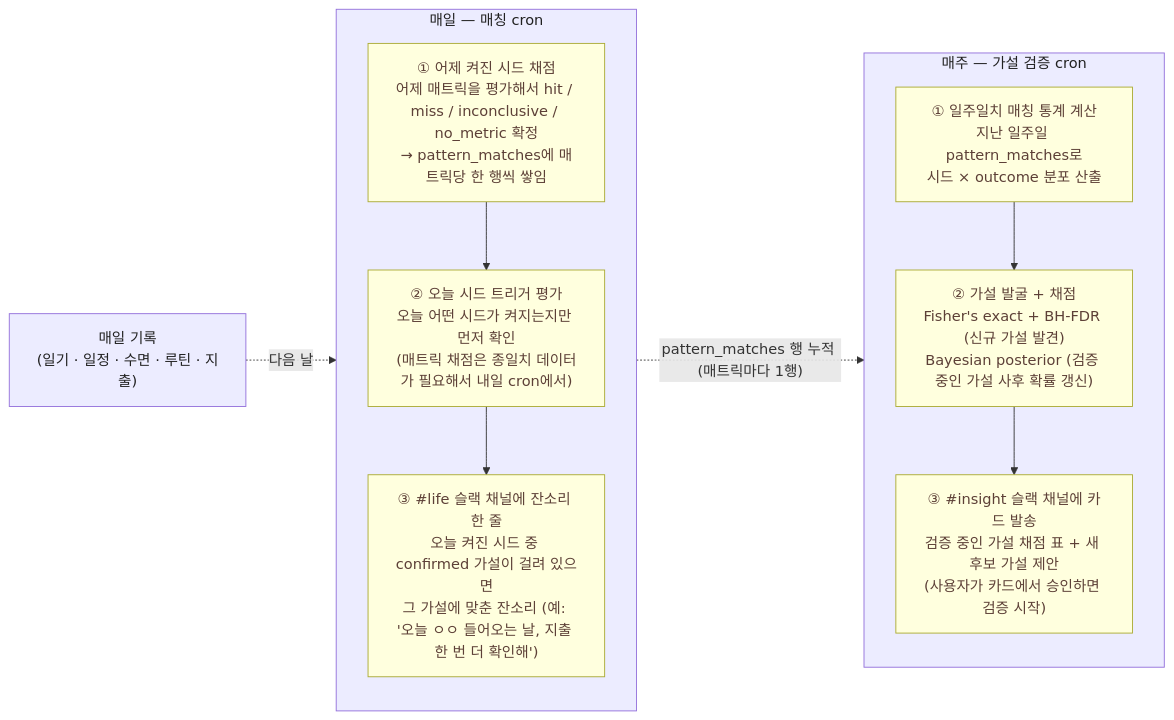
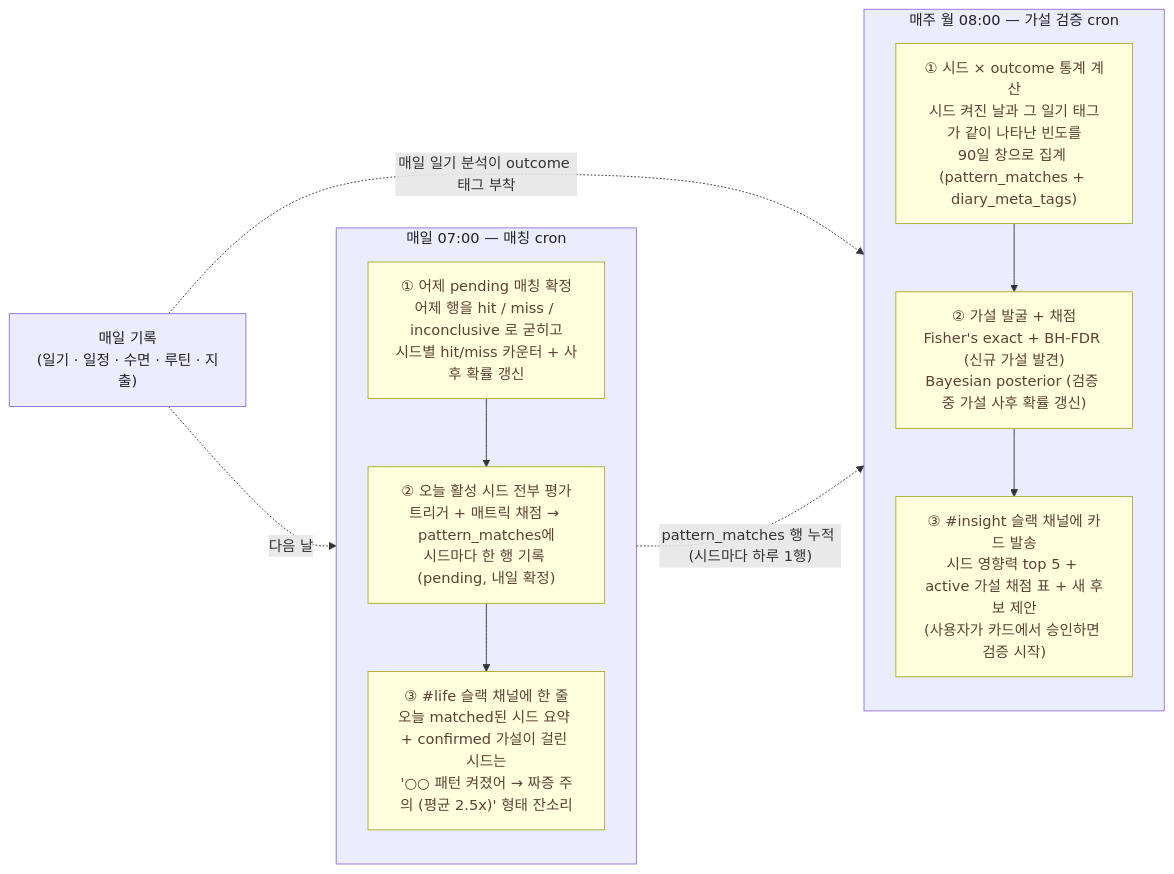
One commit to hyewon3938/slack-ai-agents changed the first of 9 diagrams in docs/explainers/insight-v2.md. Above: the diagram before and after it, drawn with Mermaid. The commit also changed other lines of this file and 1 other file, not shown here.

First line of the commit message:
docs(insight): explainer를 실제 코드와 대조해 정합성 전면 교정

````diff
--- a/docs/explainers/insight-v2.md
+++ b/docs/explainers/insight-v2.md
@@ -90,29 +96,30 @@
 ```mermaid
 flowchart LR
   REC["매일 기록<br/>(일기 · 일정 · 수면 · 루틴 · 지출)"]
 
-  subgraph DAILY["매일 — 매칭 cron"]
+  subgraph DAILY["매일 07:00 — 매칭 cron"]
     direction TB
-    D1["① 어제 켜진 시드 채점<br/>어제 매트릭을 평가해서 hit / miss / inconclusive / no_metric 확정<br/>→ pattern_matches에 매트릭당 한 행씩 쌓임"]
-    D2["② 오늘 시드 트리거 평가<br/>오늘 어떤 시드가 켜지는지만 먼저 확인<br/>(매트릭 채점은 종일치 데이터가 필요해서 내일 cron에서)"]
-    D3["③ #life 슬랙 채널에 잔소리 한 줄<br/>오늘 켜진 시드 중 confirmed 가설이 걸려 있으면<br/>그 가설에 맞춘 잔소리 (예: '오늘 ㅇㅇ 들어오는 날, 지출 한 번 더 확인해')"]
+    D1["① 어제 pending 매칭 확정<br/>어제 행을 hit / miss / inconclusive 로 굳히고<br/>시드별 hit/miss 카운터 + 사후 확률 갱신"]
+    D2["② 오늘 활성 시드 전부 평가<br/>트리거 + 매트릭 채점 → pattern_matches에<br/>시드마다 한 행 기록 (pending, 내일 확정)"]
+    D3["③ #life 슬랙 채널에 한 줄<br/>오늘 matched된 시드 요약 + confirmed 가설이 걸린 시드는<br/>'○○ 패턴 켜졌어 → 짜증 주의 (평균 2.5x)' 형태 잔소리"]
     D1 --> D2 --> D3
   end
 
-  subgraph WEEKLY["매주 — 가설 검증 cron"]
+  subgraph WEEKLY["매주 월 08:00 — 가설 검증 cron"]
     direction TB
-    W1["① 일주일치 매칭 통계 계산<br/>지난 일주일 pattern_matches로<br/>시드 × outcome 분포 산출"]
-    W2["② 가설 발굴 + 채점<br/>Fisher's exact + BH-FDR (신규 가설 발견)<br/>Bayesian posterior (검증 중인 가설 사후 확률 갱신)"]
-    W3["③ #insight 슬랙 채널에 카드 발송<br/>검증 중인 가설 채점 표 + 새 후보 가설 제안<br/>(사용자가 카드에서 승인하면 검증 시작)"]
+    W1["① 시드 × outcome 통계 계산<br/>시드 켜진 날과 그 일기 태그가 같이 나타난 빈도를<br/>90일 창으로 집계 (pattern_matches + diary_meta_tags)"]
+    W2["② 가설 발굴 + 채점<br/>Fisher's exact + BH-FDR (신규 가설 발견)<br/>Bayesian posterior (검증 중 가설 사후 확률 갱신)"]
+    W3["③ #insight 슬랙 채널에 카드 발송<br/>시드 영향력 top 5 + active 가설 채점 표 + 새 후보 제안<br/>(사용자가 카드에서 승인하면 검증 시작)"]
     W1 --> W2 --> W3
   end
 
+  REC -. 매일 일기 분석이 outcome 태그 부착 .-> WEEKLY
   REC -. 다음 날 .-> DAILY
-  DAILY -. "pattern_matches 행 누적 (매트릭마다 1행)" .-> WEEKLY
+  DAILY -. "pattern_matches 행 누적 (시드마다 하루 1행)" .-> WEEKLY
 
   classDef flowBox fill:#ECECFF,stroke:#9370DB,color:#212121
   classDef flowInner fill:#FFFFDE,stroke:#aaaa33,color:#5d4037
   class REC flowBox
   class DAILY,WEEKLY flowBox
   class D1,D2,D3,W1,W2,W3 flowInner
 ```
````
